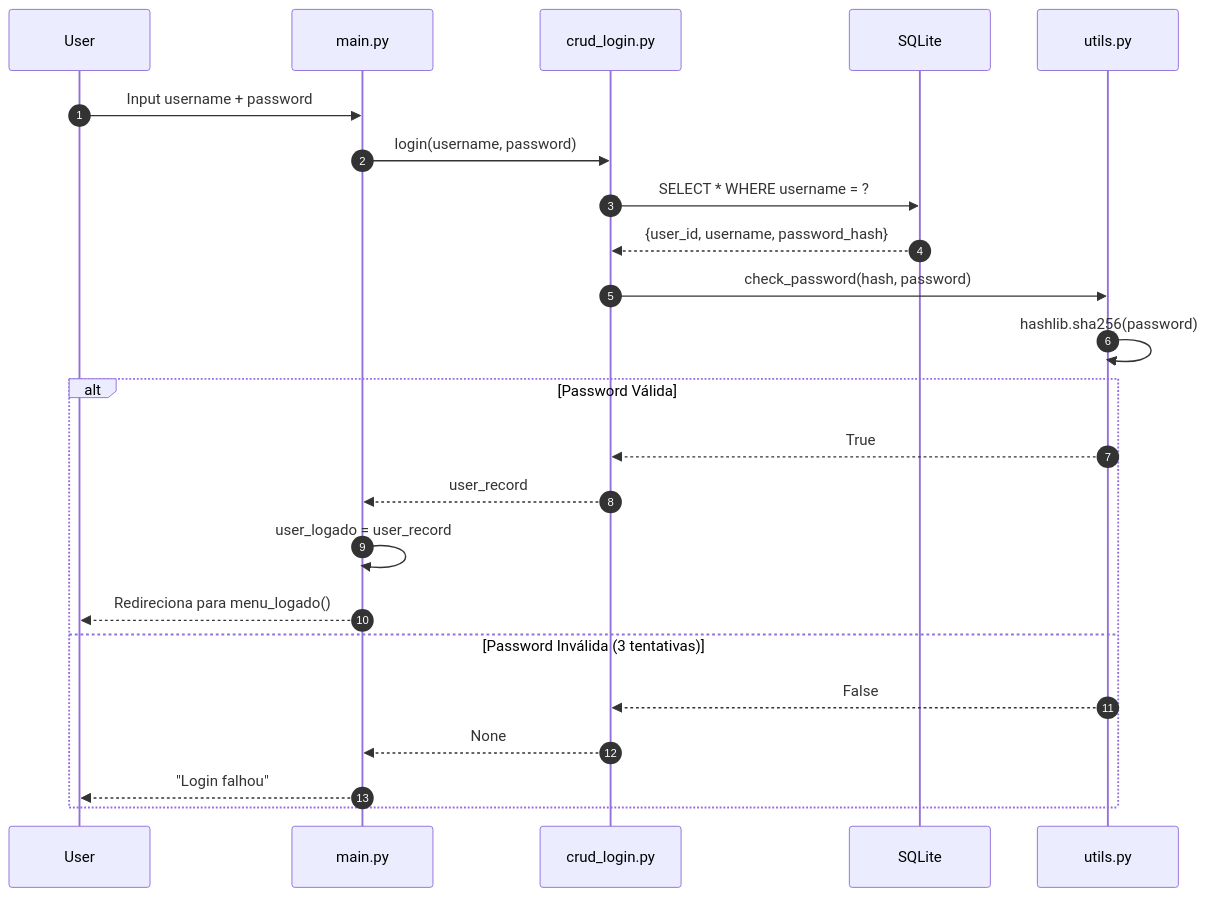
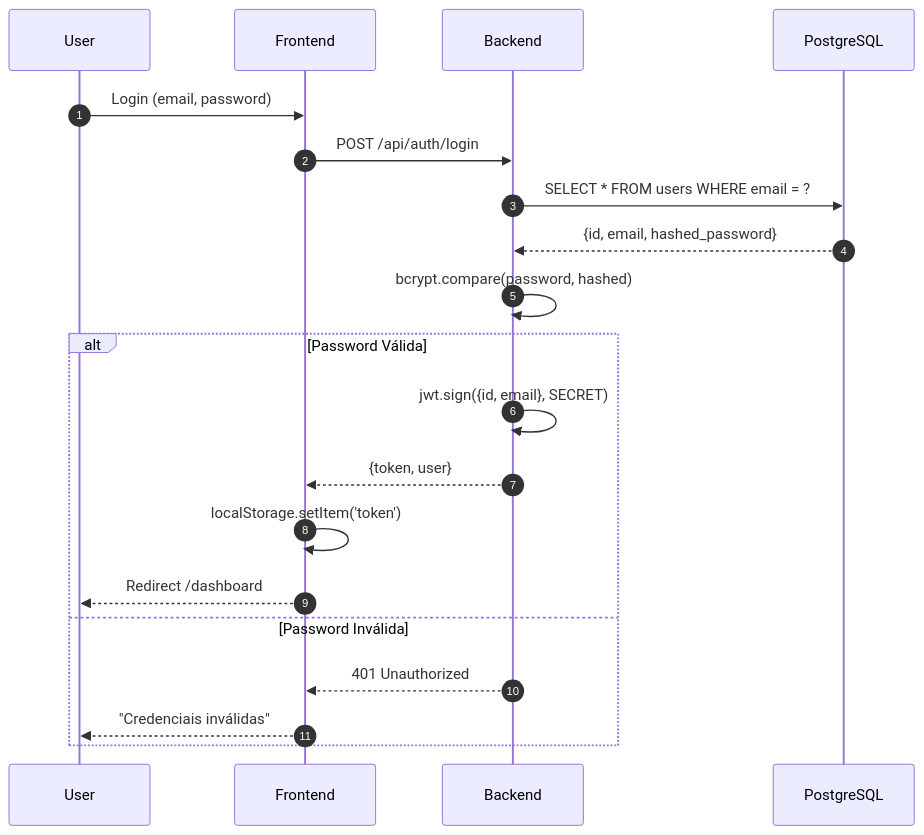
Before and after one commit to DevPool1/TP-ADC-SITE: the third of 4 diagrams in blog/2025-12-12-tech-stack.md, drawn with Mermaid. The commit also changed other lines of this file, not shown here.

````diff
--- a/blog/2025-12-12-tech-stack.md
+++ b/blog/2025-12-12-tech-stack.md
@@ -270,27 +184,24 @@
 ```mermaid
 sequenceDiagram
     autonumber
     participant U as User
-    participant M as main.py
-    participant C as crud_login.py
-    participant DB as SQLite
-    participant H as utils.py
+    participant F as Frontend
+    participant B as Backend
+    participant DB as PostgreSQL
     
-    U->>M: Input username + password
-    M->>C: login(username, password)
-    C->>DB: SELECT * WHERE username = ?
-    DB-->>C: {user_id, username, password_hash}
-    C->>H: check_password(hash, password)
-    H->>H: hashlib.sha256(password)
+    U->>F: Login (email, password)
+    F->>B: POST /api/auth/login
+    B->>DB: SELECT * FROM users WHERE email = ?
+    DB-->>B: {id, email, hashed_password}
+    B->>B: bcrypt.compare(password, hashed)
     
     alt Password Válida
-        H-->>C: True
-        C-->>M: user_record
-        M->>M: user_logado = user_record
-        M-->>U: Redireciona para menu_logado()
-    else Password Inválida (3 tentativas)
-        H-->>C: False
-        C-->>M: None
-        M-->>U: "Login falhou"
+        B->>B: jwt.sign({id, email}, SECRET)
+        B-->>F: {token, user}
+        F->>F: localStorage.setItem('token')
+        F-->>U: Redirect /dashboard
+    else Password Inválida
+        B-->>F: 401 Unauthorized
+        F-->>U: "Credenciais inválidas"
     end
 ```
````
